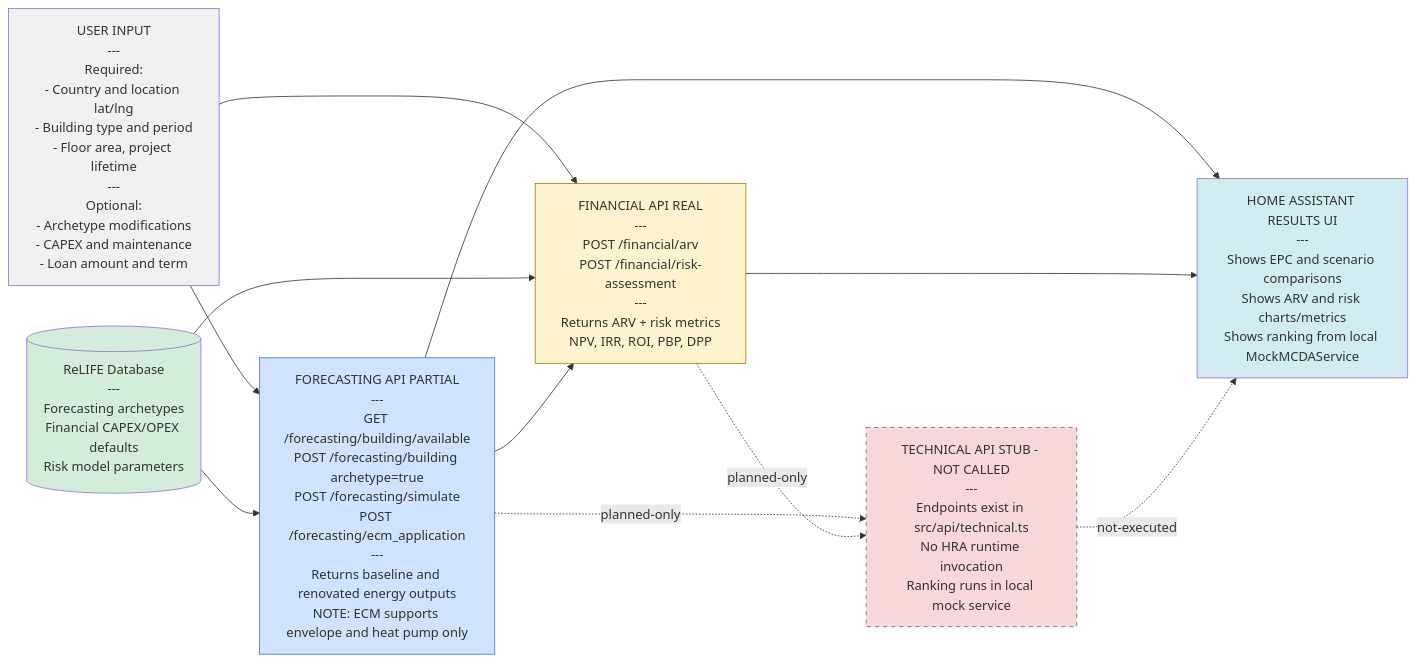
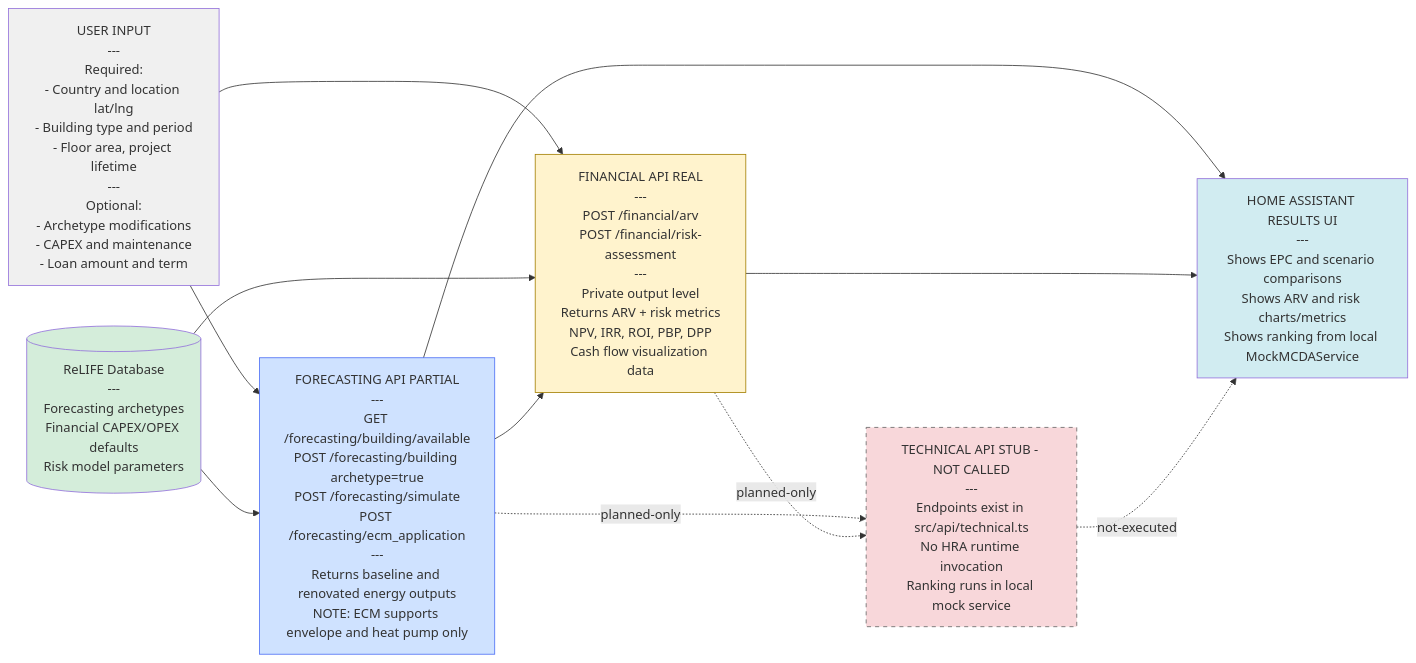
Before and after one commit to ReLIFE-Project-EU/relife-web-ui: the second of 6 diagrams in README.md, drawn with Mermaid. The commit also changed other lines of this file, not shown here.

Commit message:
📝 Refine README architecture diagrams for output levels and RSE comparison link

````diff
--- a/README.md
+++ b/README.md
@@ -63,32 +63,32 @@
 ```mermaid
 flowchart LR
     UserInput["USER INPUT<br/>---<br/>Required:<br/>- Country and location lat/lng<br/>- Building type and period<br/>- Floor area, project lifetime<br/>---<br/>Optional:<br/>- Archetype modifications<br/>- CAPEX and maintenance<br/>- Loan amount and term"]
 
     DB[("ReLIFE Database<br/>---<br/>Forecasting archetypes<br/>Financial CAPEX/OPEX defaults<br/>Risk model parameters")]
 
     Forecasting["FORECASTING API PARTIAL<br/>---<br/>GET /forecasting/building/available<br/>POST /forecasting/building archetype=true<br/>POST /forecasting/simulate<br/>POST /forecasting/ecm_application<br/>---<br/>Returns baseline and renovated energy outputs<br/>NOTE: ECM supports envelope and heat pump only"]
 
-    Financial["FINANCIAL API REAL<br/>---<br/>POST /financial/arv<br/>POST /financial/risk-assessment<br/>---<br/>Returns ARV + risk metrics<br/>NPV, IRR, ROI, PBP, DPP"]
+    Financial["FINANCIAL API REAL<br/>---<br/>POST /financial/arv<br/>POST /financial/risk-assessment<br/>---<br/>Private output level<br/>Returns ARV + risk metrics<br/>NPV, IRR, ROI, PBP, DPP<br/>Cash flow visualization data"]
 
     Technical["TECHNICAL API STUB - NOT CALLED<br/>---<br/>Endpoints exist in src/api/technical.ts<br/>No HRA runtime invocation<br/>Ranking runs in local mock service"]
 
     Output["HOME ASSISTANT RESULTS UI<br/>---<br/>Shows EPC and scenario comparisons<br/>Shows ARV and risk charts/metrics<br/>Shows ranking from local MockMCDAService"]
 
     UserInput --> Forecasting
     DB --> Forecasting
     UserInput --> Financial
     DB --> Financial
     Forecasting --> Financial
     Forecasting --> Output
     Financial --> Output
     Forecasting -. planned-only .-> Technical
     Financial -. planned-only .-> Technical
     Technical -. not-executed .-> Output
 
     style UserInput fill:#f0f0f0
     style DB fill:#d4edda
     style Forecasting fill:#cfe2ff,stroke:#4c6ef5
     style Financial fill:#fff3cd,stroke:#a37f00
     style Technical fill:#f8d7da,stroke:#666,stroke-dasharray: 5 5
     style Output fill:#d1ecf1
 ```
````
